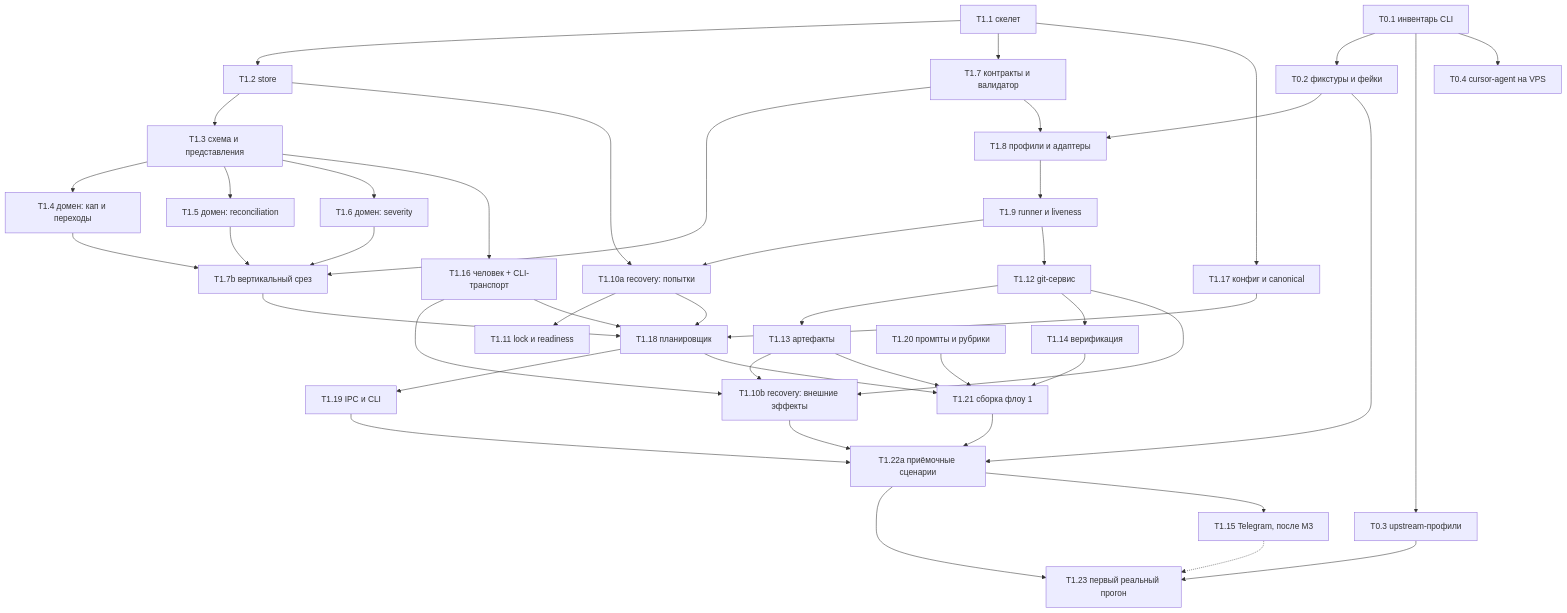
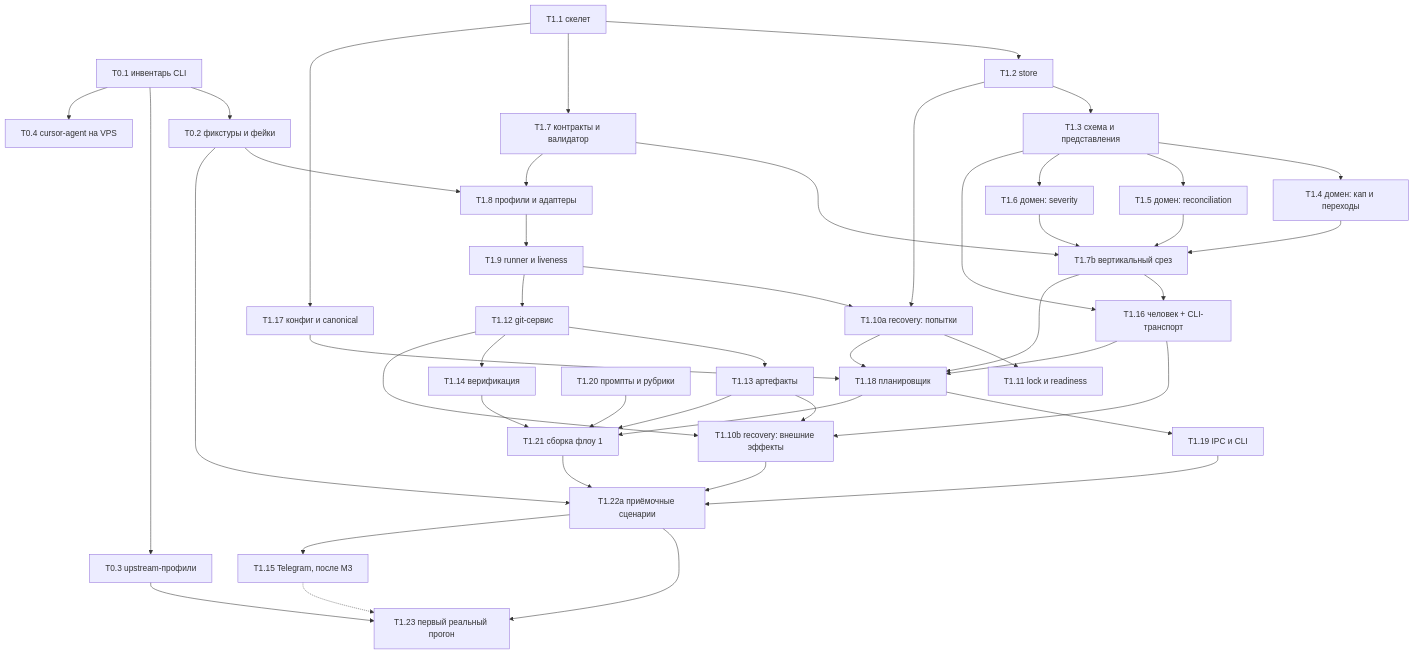
Before and after one commit to Isqander/stable-metaswarm: the diagram in docs/design/task-plans.md, drawn with Mermaid. The commit also changed other lines of this file and 8 other files, not shown here.

````diff
--- a/docs/design/task-plans.md
+++ b/docs/design/task-plans.md
@@ -65,48 +65,49 @@
 ```mermaid
 flowchart TB
   T01[T0.1 инвентарь CLI] --> T02[T0.2 фикстуры и фейки]
   T01 --> T03[T0.3 upstream-профили]
   T01 --> T04[T0.4 cursor-agent на VPS]
 
   T11[T1.1 скелет] --> T12[T1.2 store]
   T12 --> T13[T1.3 схема и представления]
   T13 --> T14[T1.4 домен: кап и переходы]
   T13 --> T15[T1.5 домен: reconciliation]
   T13 --> T16[T1.6 домен: severity]
   T11 --> T17[T1.7 контракты и валидатор]
   T14 --> T17b[T1.7b вертикальный срез]
   T15 --> T17b
   T16 --> T17b
   T17 --> T17b
   T02 --> T18[T1.8 профили и адаптеры]
   T17 --> T18
   T18 --> T19[T1.9 runner и liveness]
   T19 --> T110a[T1.10a recovery: попытки]
   T12 --> T110a
   T110a --> T111[T1.11 lock и readiness]
   T19 --> T112[T1.12 git-сервис]
   T112 --> T113[T1.13 артефакты]
   T112 --> T114[T1.14 верификация]
   T13 --> T116[T1.16 человек + CLI-транспорт]
+  T17b --> T116
   T112 --> T110b[T1.10b recovery: внешние эффекты]
   T113 --> T110b
   T116 --> T110b
   T11 --> T117[T1.17 конфиг и canonical]
   T17b --> T118[T1.18 планировщик]
   T110a --> T118
   T117 --> T118
   T116 --> T118
   T118 --> T119[T1.19 IPC и CLI]
   T113 --> T121[T1.21 сборка флоу 1]
   T114 --> T121
   T118 --> T121
   T120[T1.20 промпты и рубрики] --> T121
   T119 --> T122[T1.22a приёмочные сценарии]
   T121 --> T122
   T110b --> T122
   T02 --> T122
   T122 --> T123[T1.23 первый реальный прогон]
   T03 --> T123
   T122 --> T115[T1.15 Telegram, после M3]
   T115 -.-> T123
 ```
````
